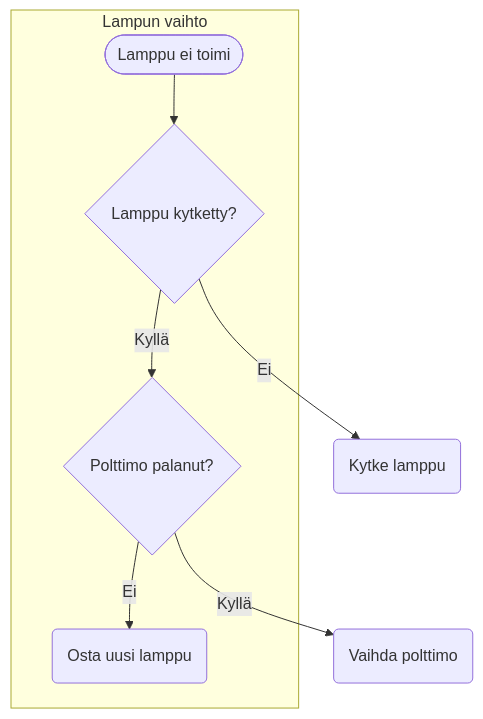
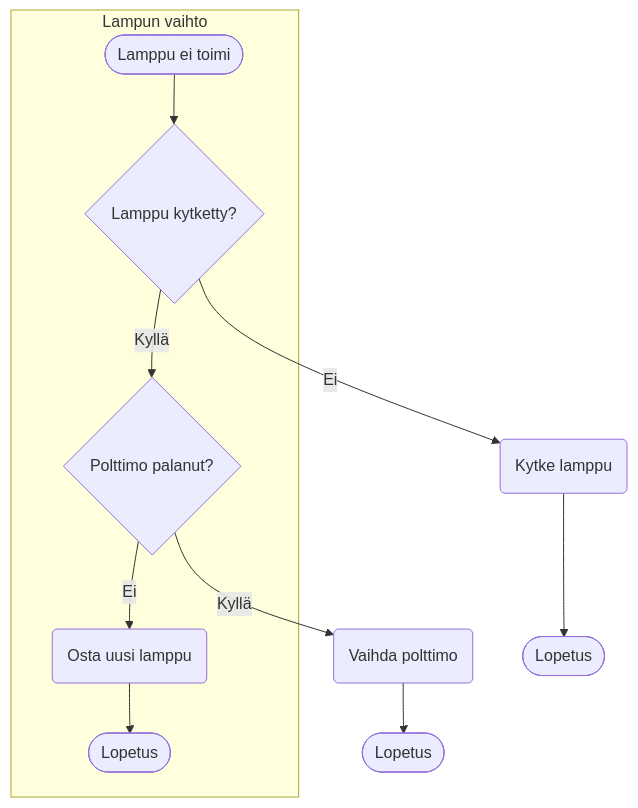
One commit to ship-it-580/vuokaaviot changed the third of 4 diagrams in README.md. Above: the diagram before and after it, drawn with Mermaid.

Commit message:
Lisätty lopetukset lampunvaihtoon

````diff
--- a/README.md
+++ b/README.md
@@ -25,8 +25,10 @@
 ```mermaid
 graph TD;
   subgraph Lampun vaihto
-    A([Lamppu ei toimi]) --> B{Lamppu kytketty?} -- Kyllä --> C{Polttimo palanut?} -- Ei --> D(Osta uusi lamppu);
+    A([Lamppu ei toimi]) --> B{Lamppu kytketty?} -- Kyllä --> C{Polttimo palanut?} -- Ei --> D(Osta uusi lamppu) --> G([Lopetus]);
   end
   B -- Ei --> E(Kytke lamppu);
+  E --> H([Lopetus])
   C -- Kyllä --> F(Vaihda polttimo);
+  F --> I([Lopetus])
 ```
````
